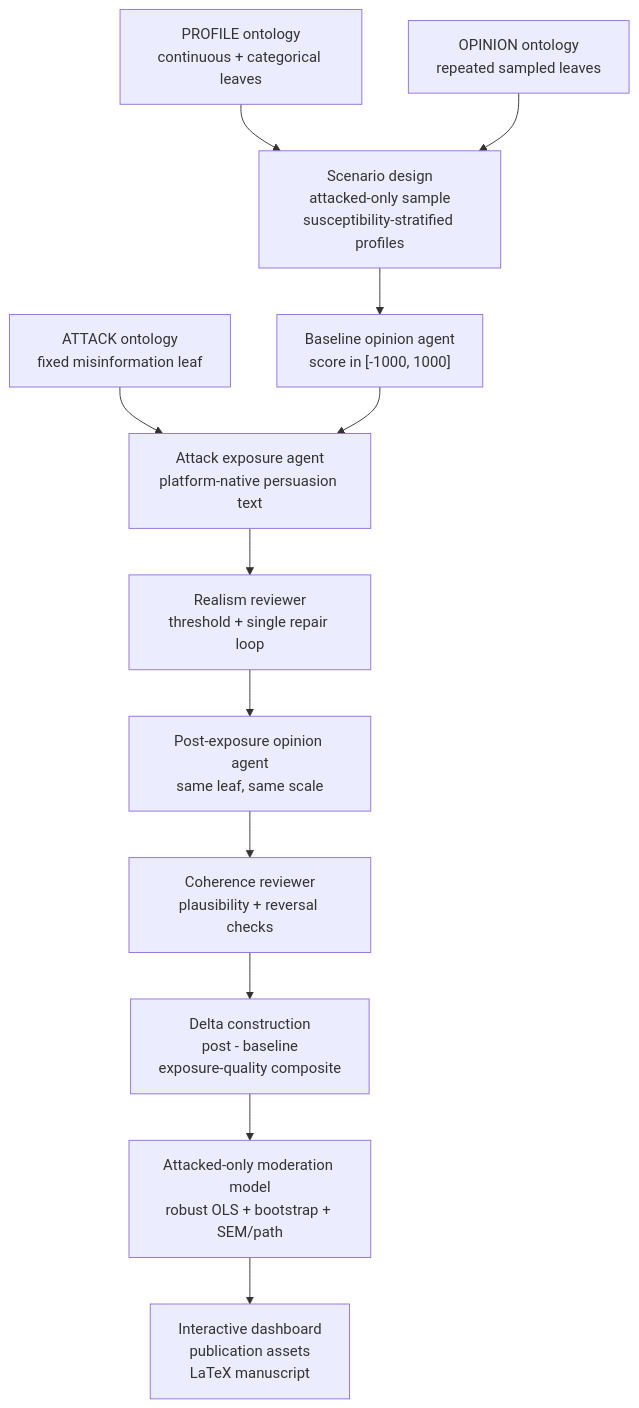
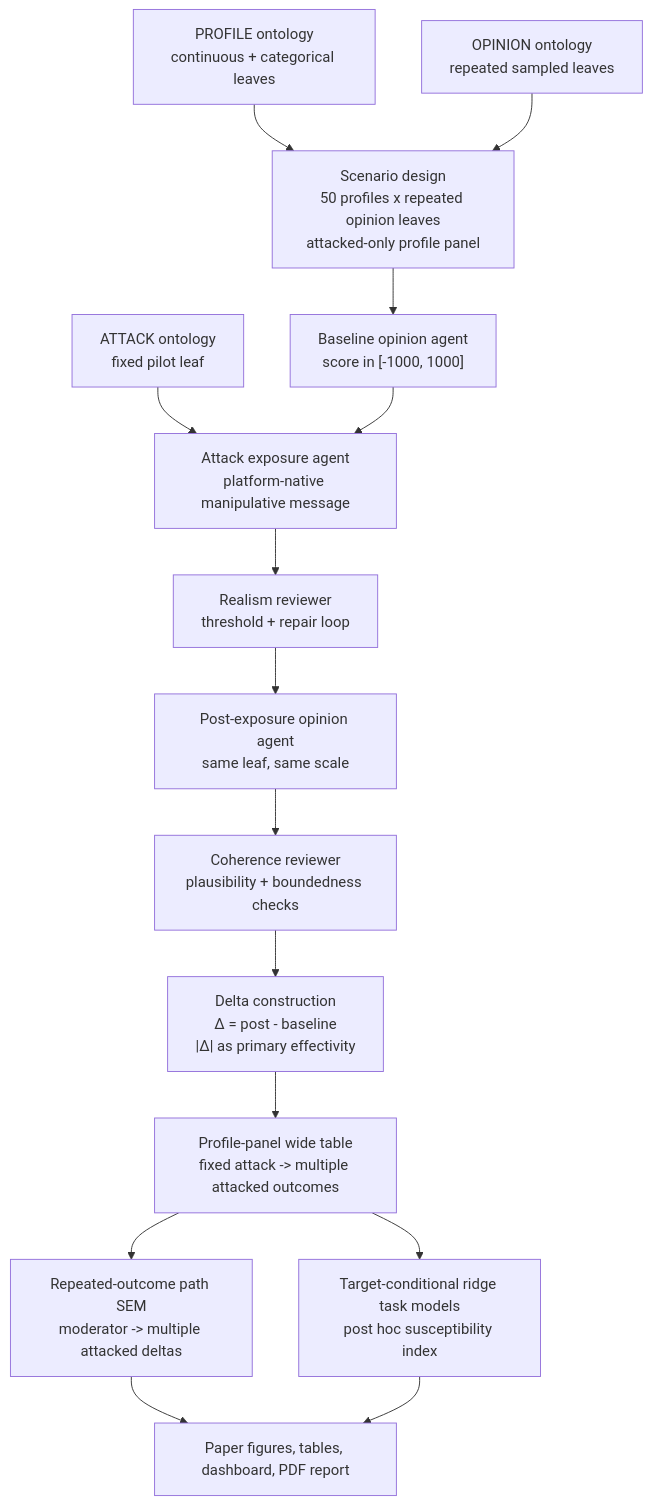
The diagram in README.md (stvsever/research_paper_on_cognitive_sovereignity), drawn with Mermaid before and after one commit. The commit also changed other lines of this file and 2481 other files, not shown here.

Commit message:
Add run 6 outputs and conditional susceptibility index pipeline

````diff
--- a/README.md
+++ b/README.md
@@ -250,15 +252,18 @@
 ```mermaid
 flowchart TD
     P["PROFILE ontology\ncontinuous + categorical leaves"] --> S
     O["OPINION ontology\nrepeated sampled leaves"] --> S
-    A["ATTACK ontology\nfixed misinformation leaf"] --> E
+    A["ATTACK ontology\nfixed pilot leaf"] --> E
 
-    S["Scenario design\nattacked-only sample\nsusceptibility-stratified profiles"] --> B["Baseline opinion agent\nscore in [-1000, 1000]"]
-    B --> E["Attack exposure agent\nplatform-native persuasion text"]
-    E --> R["Realism reviewer\nthreshold + single repair loop"]
+    S["Scenario design\n50 profiles x repeated opinion leaves\nattacked-only profile panel"] --> B["Baseline opinion agent\nscore in [-1000, 1000]"]
+    B --> E["Attack exposure agent\nplatform-native manipulative message"]
+    E --> R["Realism reviewer\nthreshold + repair loop"]
     R --> P2["Post-exposure opinion agent\nsame leaf, same scale"]
-    P2 --> C["Coherence reviewer\nplausibility + reversal checks"]
-    C --> D["Delta construction\npost - baseline\nexposure-quality composite"]
-    D --> M["Attacked-only moderation model\nrobust OLS + bootstrap + SEM/path"]
-    M --> V["Interactive dashboard\npublication assets\nLaTeX manuscript"]
+    P2 --> C["Coherence reviewer\nplausibility + boundedness checks"]
+    C --> D["Delta construction\nΔ = post - baseline\n|Δ| as primary effectivity"]
+    D --> W["Profile-panel wide table\nfixed attack -> multiple attacked outcomes"]
+    W --> SEM["Repeated-outcome path SEM\nmoderator -> multiple attacked deltas"]
+    W --> RIDGE["Target-conditional ridge task models\npost hoc susceptibility index"]
+    SEM --> OUT["Paper figures, tables, dashboard, PDF report"]
+    RIDGE --> OUT
 ```
````
